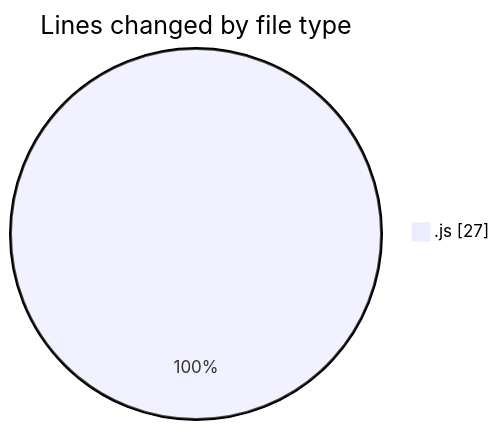
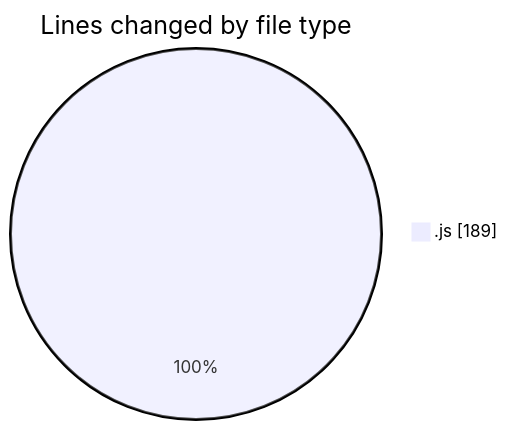
Before and after one commit to Ritupan-Deka/code-tracking: the first of 2 diagrams in 2025-08-04/javascript/README.md, drawn with Mermaid. The commit also changed other lines of this file and 1 other file, not shown here.

````diff
--- a/2025-08-04/javascript/README.md
+++ b/2025-08-04/javascript/README.md
@@ -20,5 +20,5 @@
 ```mermaid
 pie showData
 title Lines changed by file type
-".js" : 27
+".js" : 189
 ```
````
